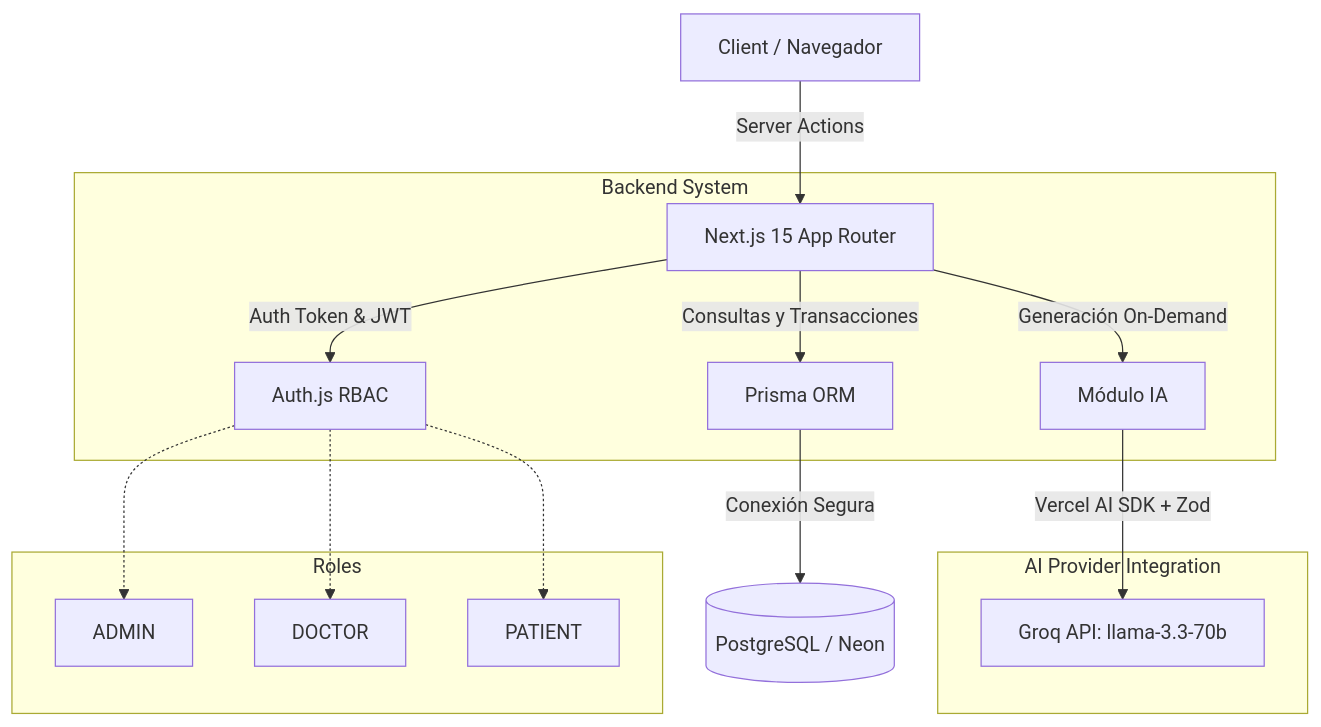
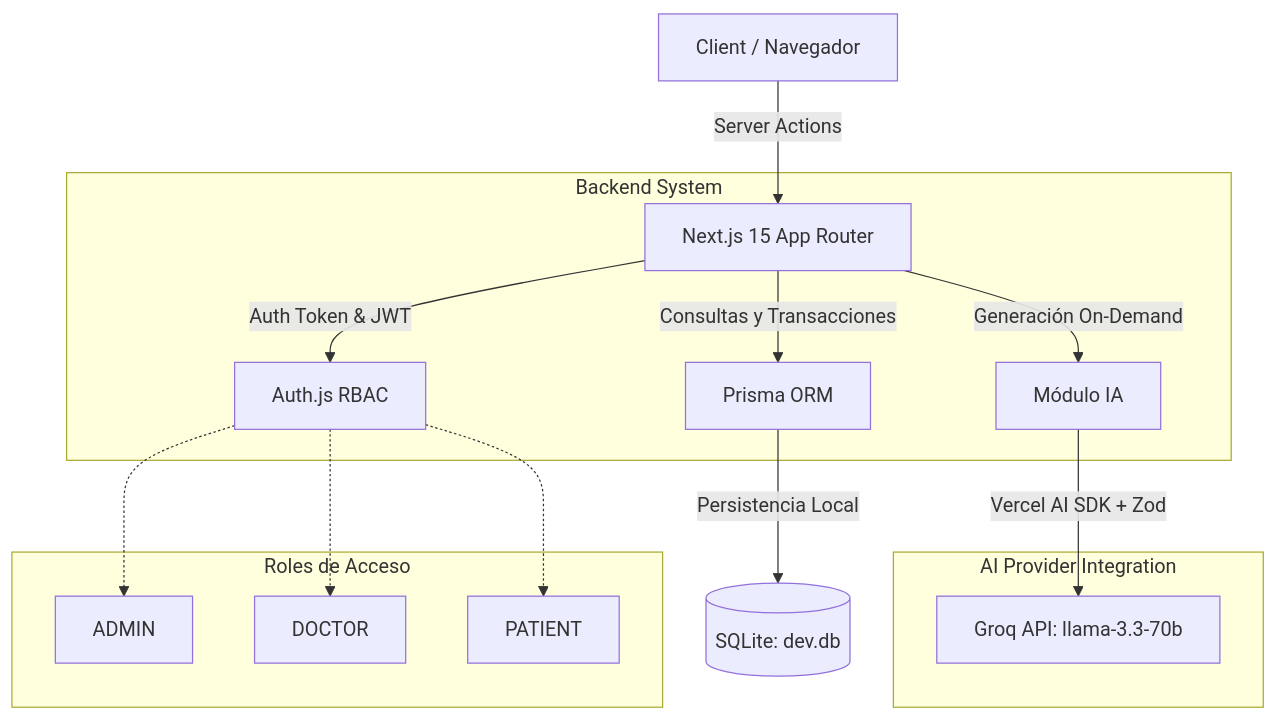
One commit to FR1530/globalgestionsoftware changed the diagram in README.md. Above: the diagram before and after it, drawn with Mermaid. The commit also changed other lines of this file and 5 other files, not shown here.

````diff
--- a/README.md
+++ b/README.md
@@ -21,22 +29,22 @@
 ```mermaid
 graph TD
     Client[Client / Navegador] -->|Server Actions| Next[Next.js 15 App Router]
     
     subgraph "Backend System"
         Next -->|Consultas y Transacciones| Prisma[Prisma ORM]
         Next -->|Auth Token & JWT| Auth[Auth.js RBAC]
         Next -->|Generación On-Demand| AI[Módulo IA]
     end
 
-    Prisma -->|Conexión Segura| DB[(PostgreSQL / Neon)]
+    Prisma -->|Persistencia Local| DB[(SQLite: dev.db)]
     
     subgraph "AI Provider Integration"
         AI -->|Vercel AI SDK + Zod| Groq[Groq API: llama-3.3-70b]
     end
     
-    subgraph "Roles"
+    subgraph "Roles de Acceso"
         Auth -.-> Admin[ADMIN]
         Auth -.-> Doctor[DOCTOR]
         Auth -.-> Patient[PATIENT]
     end
 ```
````
